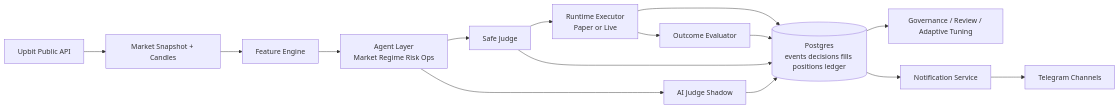
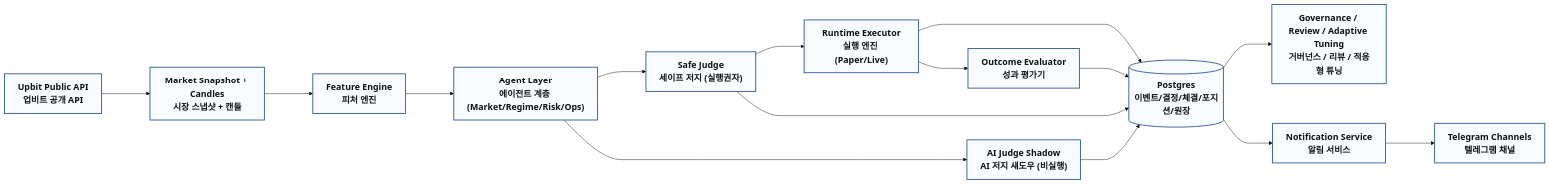
One commit to summit1123/Ai_invest changed the diagram in README.md. Above: the diagram before and after it, drawn with Mermaid.

Commit message:
docs: enlarge mermaid flow and add Korean labels

````diff
--- a/README.md
+++ b/README.md
@@ -12,17 +12,21 @@
 ```mermaid
+%%{init: {'theme':'base','themeVariables': {'fontSize': '20px'}, 'flowchart': {'nodeSpacing': 90, 'rankSpacing': 110, 'htmlLabels': true, 'curve': 'monotoneX'}} }%%
 flowchart LR
-    U[Upbit Public API] --> M[Market Snapshot + Candles]
-    M --> F[Feature Engine]
-    F --> A[Agent Layer<br/>Market Regime Risk Ops]
-    A --> SJ[Safe Judge]
-    A --> AJ[AI Judge Shadow]
-    SJ --> EX[Runtime Executor<br/>Paper or Live]
-    EX --> DB[(Postgres<br/>events decisions fills positions ledger)]
+    U["Upbit Public API<br/>업비트 공개 API"] --> M["Market Snapshot + Candles<br/>시장 스냅샷 + 캔들"]
+    M --> F["Feature Engine<br/>피처 엔진"]
+    F --> A["Agent Layer<br/>에이전트 계층 (Market/Regime/Risk/Ops)"]
+    A --> SJ["Safe Judge<br/>세이프 저지 (실행권자)"]
+    A --> AJ["AI Judge Shadow<br/>AI 저지 섀도우 (비실행)"]
+    SJ --> EX["Runtime Executor<br/>실행 엔진 (Paper/Live)"]
+    EX --> DB[("Postgres<br/>이벤트/결정/체결/포지션/원장")]
     SJ --> DB
     AJ --> DB
-    EX --> OE[Outcome Evaluator]
+    EX --> OE["Outcome Evaluator<br/>성과 평가기"]
     OE --> DB
-    DB --> GOV[Governance / Review / Adaptive Tuning]
-    DB --> NT[Notification Service]
-    NT --> TG[Telegram Channels]
+    DB --> GOV["Governance / Review / Adaptive Tuning<br/>거버넌스 / 리뷰 / 적응형 튜닝"]
+    DB --> NT["Notification Service<br/>알림 서비스"]
+    NT --> TG["Telegram Channels<br/>텔레그램 채널"]
+
+    classDef big fill:#f8fbff,stroke:#2f5597,stroke-width:2px,color:#111,font-size:20px,font-weight:bold;
+    class U,M,F,A,SJ,AJ,EX,DB,OE,GOV,NT,TG big;
 ```
````
